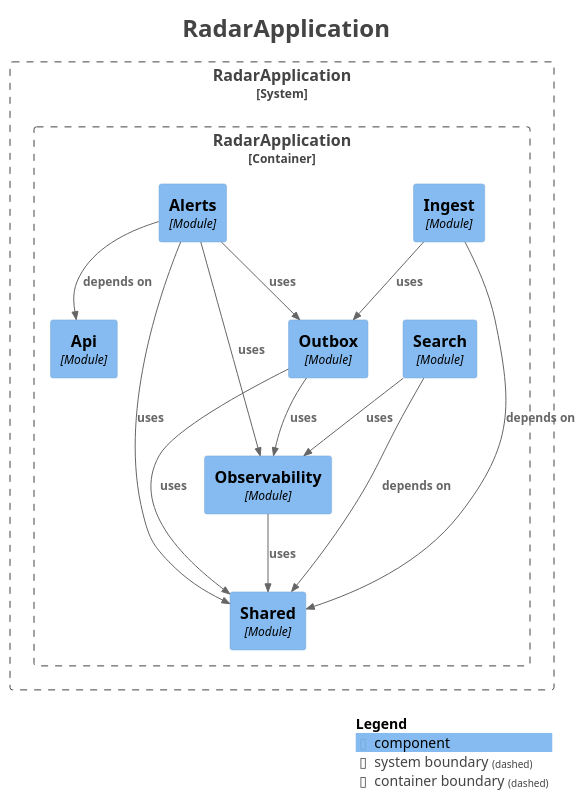
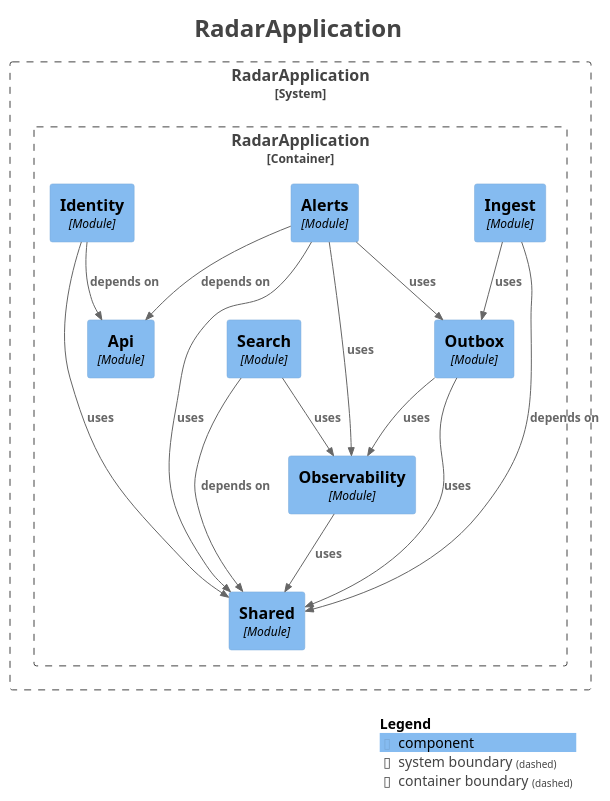
One commit to MiguelSanzBr/radar-licitacoes changed the diagram in docs/modules/components.puml. Above: the diagram before and after it, drawn with PlantUML. The commit also changed 75 other files, not shown here.

Commit message:
feat(identity): api keys and redis rate limit

```diff
--- a/docs/modules/components.puml
+++ b/docs/modules/components.puml
@@ -1,45 +1,48 @@
 @startuml
 title <size:24>RadarApplication</size>
 
 set separator none
 top to bottom direction
 
 <style>
   root {
     BackgroundColor: #ffffff
     FontColor: #444444
   }
 </style>
 
 !include <C4/C4>
 !include <C4/C4_Context>
 !include <C4/C4_Component>
 
 System_Boundary("RadarApplication_boundary", "RadarApplication", $tags="") {
   Container_Boundary("RadarApplication.RadarApplication_boundary", "RadarApplication", $tags="") {
     Component(RadarApplication.RadarApplication.Ingest, "Ingest", $techn="Module", $descr="", $tags="", $link="")
     Component(RadarApplication.RadarApplication.Api, "Api", $techn="Module", $descr="", $tags="", $link="")
     Component(RadarApplication.RadarApplication.Shared, "Shared", $techn="Module", $descr="", $tags="", $link="")
+    Component(RadarApplication.RadarApplication.Identity, "Identity", $techn="Module", $descr="", $tags="", $link="")
     Component(RadarApplication.RadarApplication.Observability, "Observability", $techn="Module", $descr="", $tags="", $link="")
     Component(RadarApplication.RadarApplication.Outbox, "Outbox", $techn="Module", $descr="", $tags="", $link="")
     Component(RadarApplication.RadarApplication.Search, "Search", $techn="Module", $descr="", $tags="", $link="")
     Component(RadarApplication.RadarApplication.Alerts, "Alerts", $techn="Module", $descr="", $tags="", $link="")
   }
 
 }
 
+Rel(RadarApplication.RadarApplication.Alerts, RadarApplication.RadarApplication.Api, "depends on", $techn="", $tags="", $link="")
+Rel(RadarApplication.RadarApplication.Alerts, RadarApplication.RadarApplication.Observability, "uses", $techn="", $tags="", $link="")
+Rel(RadarApplication.RadarApplication.Alerts, RadarApplication.RadarApplication.Outbox, "uses", $techn="", $tags="", $link="")
+Rel(RadarApplication.RadarApplication.Alerts, RadarApplication.RadarApplication.Shared, "uses", $techn="", $tags="", $link="")
 Rel(RadarApplication.RadarApplication.Search, RadarApplication.RadarApplication.Shared, "depends on", $techn="", $tags="", $link="")
 Rel(RadarApplication.RadarApplication.Search, RadarApplication.RadarApplication.Observability, "uses", $techn="", $tags="", $link="")
-Rel(RadarApplication.RadarApplication.Observability, RadarApplication.RadarApplication.Shared, "uses", $techn="", $tags="", $link="")
+Rel(RadarApplication.RadarApplication.Identity, RadarApplication.RadarApplication.Api, "depends on", $techn="", $tags="", $link="")
+Rel(RadarApplication.RadarApplication.Identity, RadarApplication.RadarApplication.Shared, "uses", $techn="", $tags="", $link="")
 Rel(RadarApplication.RadarApplication.Outbox, RadarApplication.RadarApplication.Shared, "uses", $techn="", $tags="", $link="")
 Rel(RadarApplication.RadarApplication.Outbox, RadarApplication.RadarApplication.Observability, "uses", $techn="", $tags="", $link="")
 Rel(RadarApplication.RadarApplication.Ingest, RadarApplication.RadarApplication.Shared, "depends on", $techn="", $tags="", $link="")
 Rel(RadarApplication.RadarApplication.Ingest, RadarApplication.RadarApplication.Outbox, "uses", $techn="", $tags="", $link="")
-Rel(RadarApplication.RadarApplication.Alerts, RadarApplication.RadarApplication.Api, "depends on", $techn="", $tags="", $link="")
-Rel(RadarApplication.RadarApplication.Alerts, RadarApplication.RadarApplication.Observability, "uses", $techn="", $tags="", $link="")
-Rel(RadarApplication.RadarApplication.Alerts, RadarApplication.RadarApplication.Outbox, "uses", $techn="", $tags="", $link="")
-Rel(RadarApplication.RadarApplication.Alerts, RadarApplication.RadarApplication.Shared, "uses", $techn="", $tags="", $link="")
+Rel(RadarApplication.RadarApplication.Observability, RadarApplication.RadarApplication.Shared, "uses", $techn="", $tags="", $link="")
 
 SHOW_LEGEND(true)
 hide stereotypes
 @enduml
```
